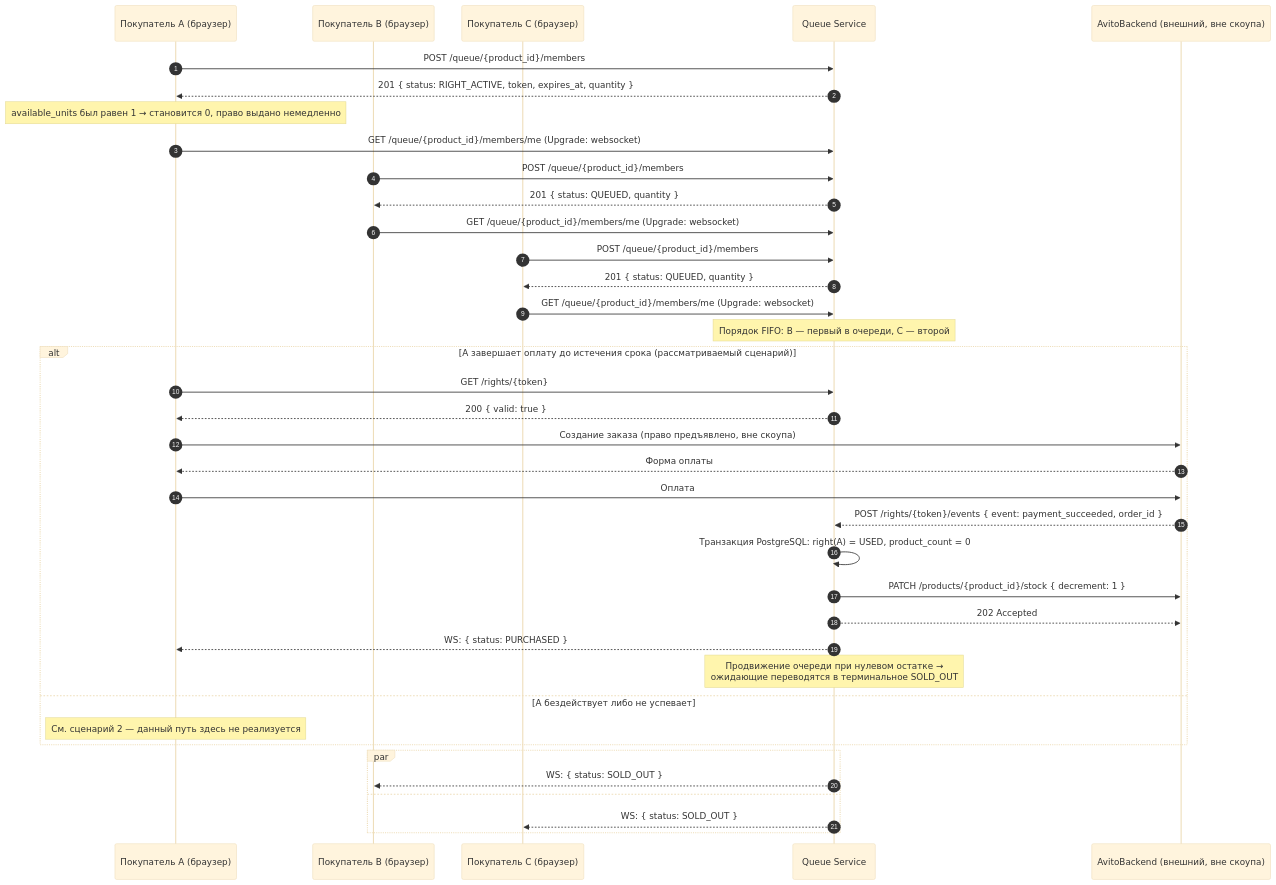
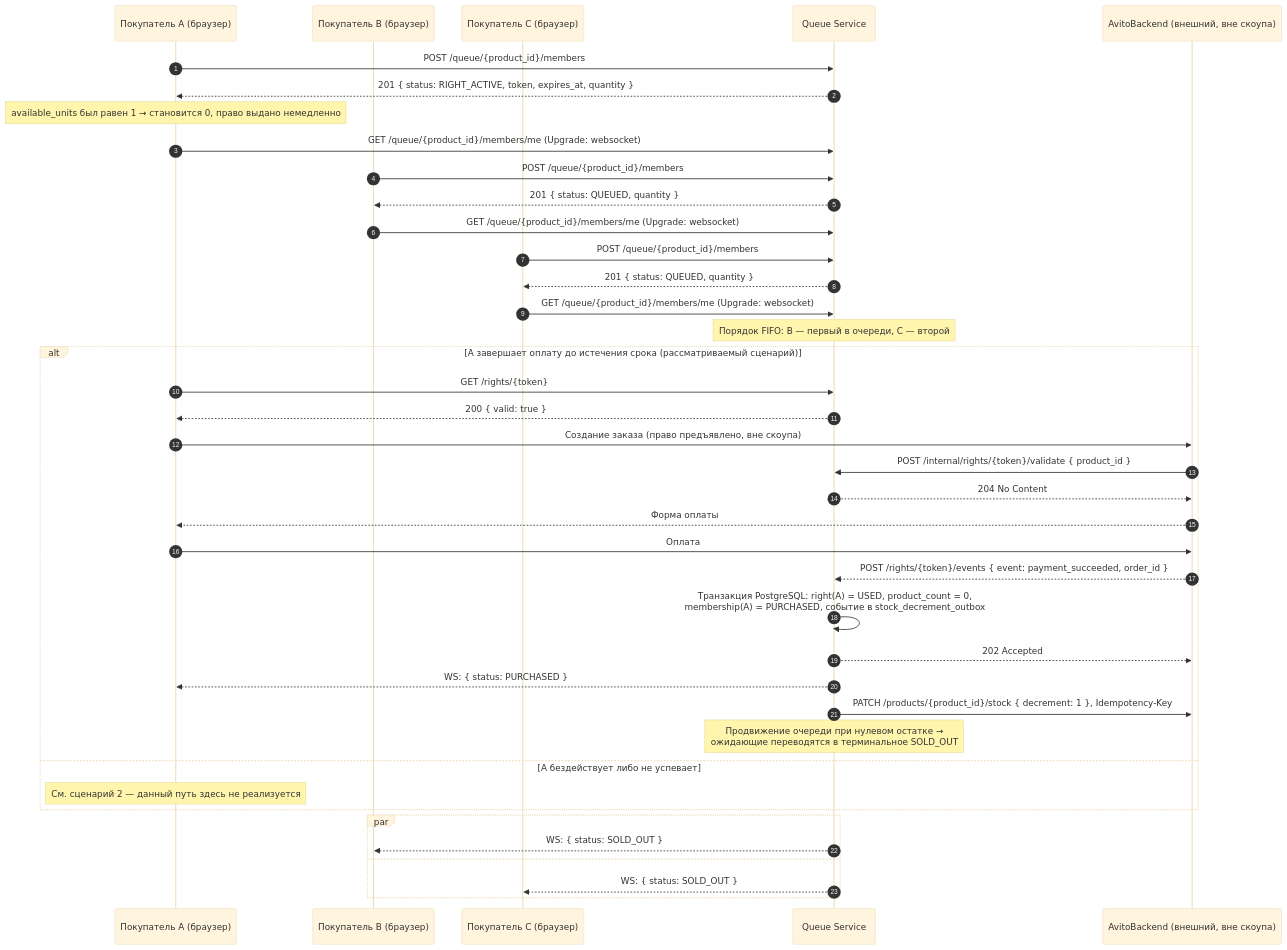
One commit to bigboynixxik/team-10-queue-serivce changed the third of 4 diagrams in docs/diagrams.md. Above: the diagram before and after it, drawn with Mermaid (base theme). The commit also changed other lines of this file and 9 other files, not shown here.

````diff
--- a/docs/diagrams.md
+++ b/docs/diagrams.md
@@ -120,48 +132,50 @@
 ```mermaid
 sequenceDiagram
     autonumber
     participant A as Покупатель A (браузер)
     participant B as Покупатель B (браузер)
     participant C as Покупатель C (браузер)
     participant QS as Queue Service
     participant AB as AvitoBackend (внешний, вне скоупа)
 
     A->>QS: POST /queue/{product_id}/members
     QS-->>A: 201 { status: RIGHT_ACTIVE, token, expires_at, quantity }
     Note over A: available_units был равен 1 → становится 0, право выдано немедленно
 
     A->>QS: GET /queue/{product_id}/members/me (Upgrade: websocket)
 
     B->>QS: POST /queue/{product_id}/members
     QS-->>B: 201 { status: QUEUED, quantity }
     B->>QS: GET /queue/{product_id}/members/me (Upgrade: websocket)
 
     C->>QS: POST /queue/{product_id}/members
     QS-->>C: 201 { status: QUEUED, quantity }
     C->>QS: GET /queue/{product_id}/members/me (Upgrade: websocket)
     Note over QS: Порядок FIFO: B — первый в очереди, C — второй
 
     alt A завершает оплату до истечения срока (рассматриваемый сценарий)
         A->>QS: GET /rights/{token}
         QS-->>A: 200 { valid: true }
 
         A->>AB: Создание заказа (право предъявлено, вне скоупа)
+        AB->>QS: POST /internal/rights/{token}/validate { product_id }
+        QS-->>AB: 204 No Content
         AB-->>A: Форма оплаты
         A->>AB: Оплата
         AB-->>QS: POST /rights/{token}/events { event: payment_succeeded, order_id }
 
-        QS->>QS: Транзакция PostgreSQL: right(A) = USED, product_count = 0
-        QS->>AB: PATCH /products/{product_id}/stock { decrement: 1 }
+        QS->>QS: Транзакция PostgreSQL: right(A) = USED, product_count = 0,<br/>membership(A) = PURCHASED, событие в stock_decrement_outbox
         QS-->>AB: 202 Accepted
         QS-->>A: WS: { status: PURCHASED }
+        QS->>AB: PATCH /products/{product_id}/stock { decrement: 1 }, Idempotency-Key
         Note over QS: Продвижение очереди при нулевом остатке →<br/>ожидающие переводятся в терминальное SOLD_OUT
     else A бездействует либо не успевает
         Note over A: См. сценарий 2 — данный путь здесь не реализуется
     end
 
     par
         QS-->>B: WS: { status: SOLD_OUT }
     and
         QS-->>C: WS: { status: SOLD_OUT }
     end
 ```
````
